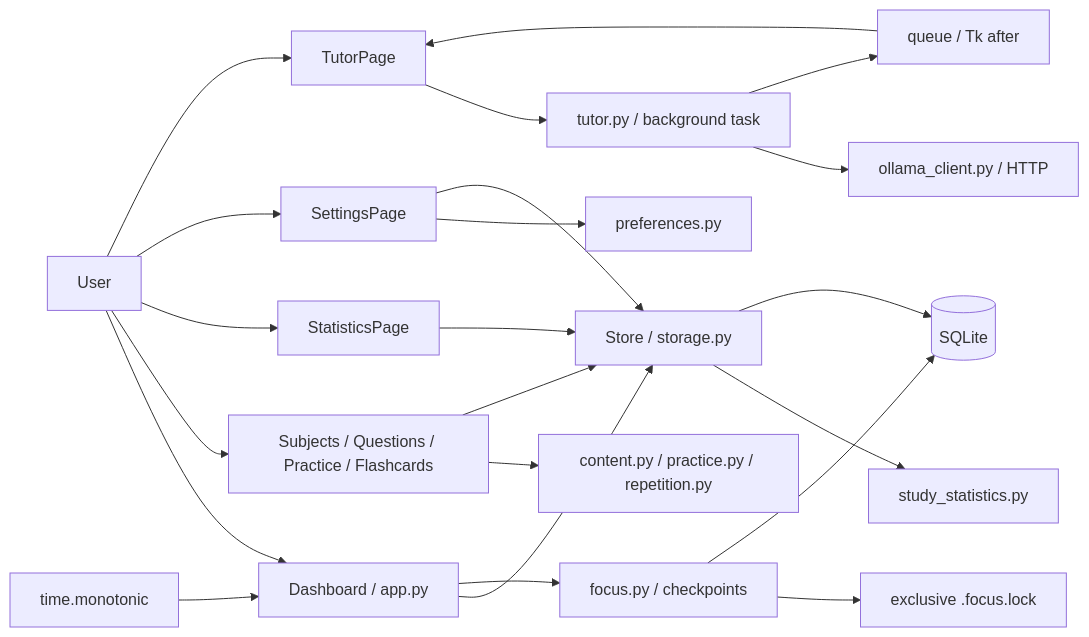
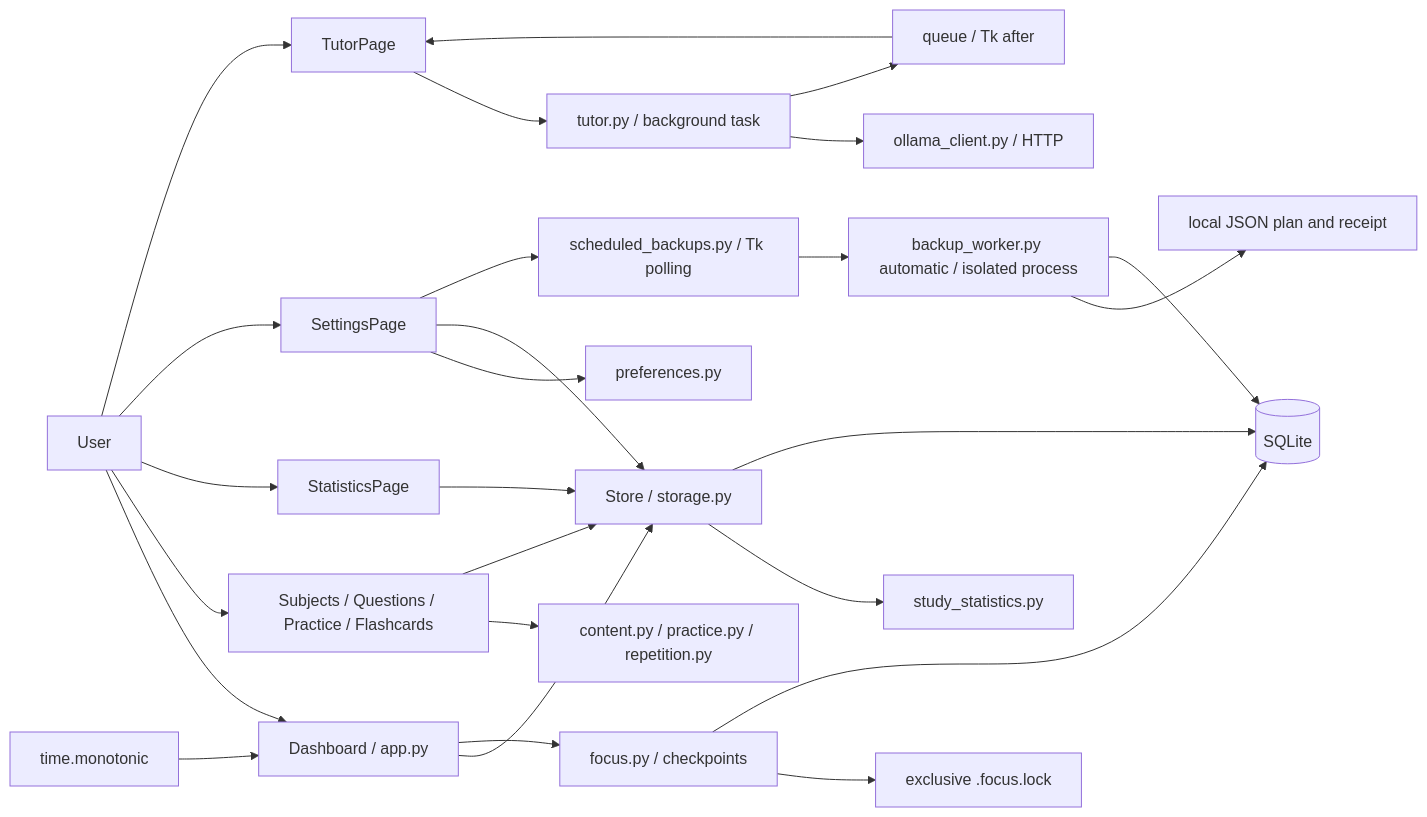
Before and after one commit to turcinv/SOSkuska: the diagram in docs/CURRENT_ARCHITECTURE.md, drawn with Mermaid. The commit also changed other lines of this file and 55 other files, not shown here.

Commit message:
Add opt-in daily local backups (#36)

````diff
--- a/docs/CURRENT_ARCHITECTURE.md
+++ b/docs/CURRENT_ARCHITECTURE.md
@@ -32,24 +33,28 @@
 ```mermaid
 flowchart LR
     User --> Dashboard[Dashboard / app.py]
     User --> Screens[Subjects / Questions / Practice / Flashcards]
     Dashboard --> Store[Store / storage.py]
     Screens --> Rules[content.py / practice.py / repetition.py]
     Screens --> Store
     User --> Statistics[StatisticsPage]
     Statistics --> Store
     Store --> Report[study_statistics.py]
     User --> Settings[SettingsPage]
     Settings --> Preferences[preferences.py]
     Settings --> Store
+    Settings --> Schedule[scheduled_backups.py / Tk polling]
+    Schedule --> BackupWorker[backup_worker.py automatic / isolated process]
+    BackupWorker --> Plan[local JSON plan and receipt]
+    BackupWorker --> DB
     User --> Tutor[TutorPage]
     Tutor --> Jobs[tutor.py / background task]
     Jobs --> Ollama[ollama_client.py / HTTP]
     Jobs --> Queue[queue / Tk after]
     Queue --> Tutor
     Store --> DB[(SQLite)]
     Clock[time.monotonic] --> Dashboard
     Dashboard --> Focus[focus.py / checkpoints]
     Focus --> Lease[exclusive .focus.lock]
     Focus --> DB
 ```
````
